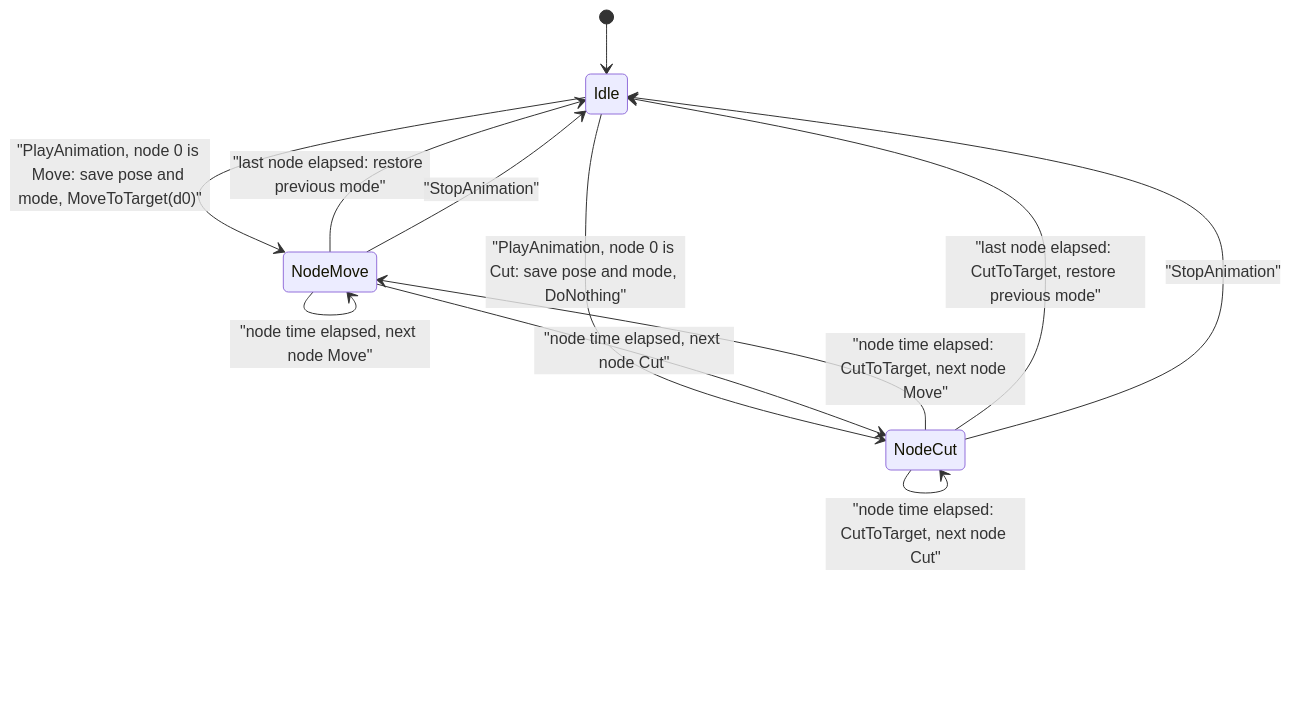
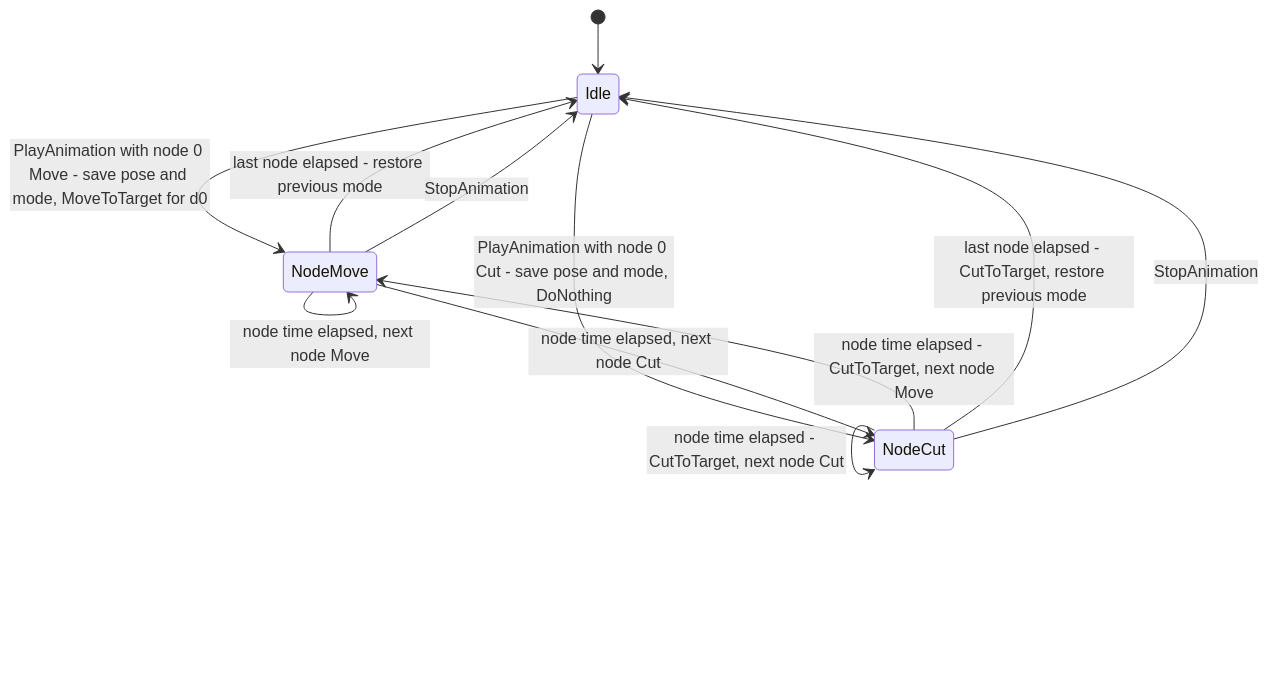
The seventh of 10 diagrams in design/30_scripting_tutorial_and_cutscenes.md (Zwaliebaba/Species.AI), drawn with Mermaid before and after one commit. The commit also changed other lines of this file and 9 other files, not shown here.

````diff
--- a/design/30_scripting_tutorial_and_cutscenes.md
+++ b/design/30_scripting_tutorial_and_cutscenes.md
@@ -864,14 +864,14 @@
 ```mermaid
 stateDiagram-v2
     [*] --> Idle
-    Idle --> NodeMove: "PlayAnimation, node 0 is Move: save pose and mode, MoveToTarget(d0)"
-    Idle --> NodeCut: "PlayAnimation, node 0 is Cut: save pose and mode, DoNothing"
-    NodeMove --> NodeMove: "node time elapsed, next node Move"
-    NodeMove --> NodeCut: "node time elapsed, next node Cut"
-    NodeCut --> NodeMove: "node time elapsed: CutToTarget, next node Move"
-    NodeCut --> NodeCut: "node time elapsed: CutToTarget, next node Cut"
-    NodeMove --> Idle: "last node elapsed: restore previous mode"
-    NodeCut --> Idle: "last node elapsed: CutToTarget, restore previous mode"
-    NodeMove --> Idle: "StopAnimation"
-    NodeCut --> Idle: "StopAnimation"
+    Idle --> NodeMove : PlayAnimation with node 0 Move - save pose and mode, MoveToTarget for d0
+    Idle --> NodeCut : PlayAnimation with node 0 Cut - save pose and mode, DoNothing
+    NodeMove --> NodeMove : node time elapsed, next node Move
+    NodeMove --> NodeCut : node time elapsed, next node Cut
+    NodeCut --> NodeMove : node time elapsed - CutToTarget, next node Move
+    NodeCut --> NodeCut : node time elapsed - CutToTarget, next node Cut
+    NodeMove --> Idle : last node elapsed - restore previous mode
+    NodeCut --> Idle : last node elapsed - CutToTarget, restore previous mode
+    NodeMove --> Idle : StopAnimation
+    NodeCut --> Idle : StopAnimation
 ```
````
